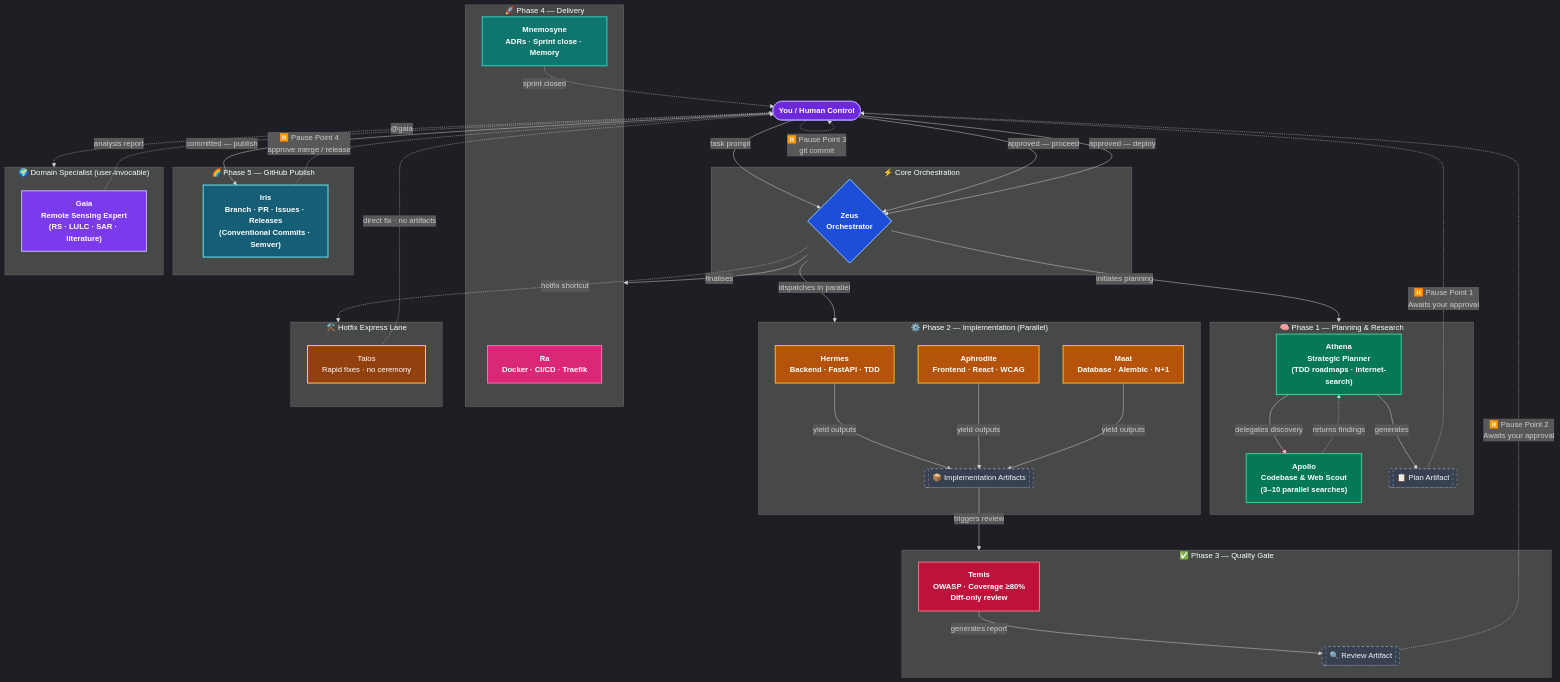
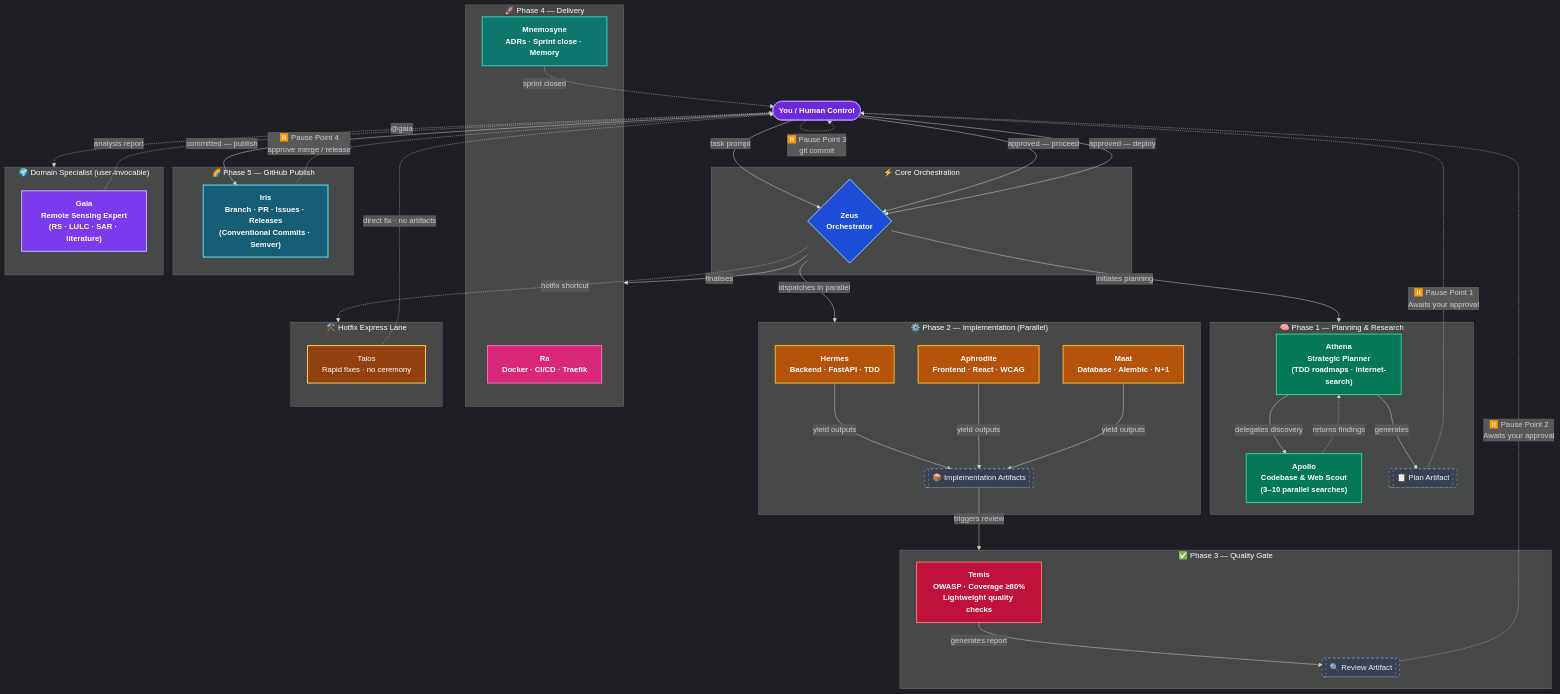
Before and after one commit to ils15/pantheon: the first of 2 diagrams in README.md, drawn with Mermaid. The commit also changed other lines of this file and 6 other files, not shown here.

Commit message:
feat: Enhance quality assurance with lightweight code checks and mandatory review process

```diff
--- a/README.md
+++ b/README.md
@@ -81,7 +81,7 @@
     end
 
     subgraph P3["✅ Phase 3 — Quality Gate"]
-        Temis["Temis<br/>OWASP · Coverage ≥80%<br/>Diff-only review"]:::qa
+        Temis["Temis<br/>OWASP · Coverage ≥80%<br/>Lightweight quality checks"]:::qa
         RevArt[["🔍 Review Artifact"]]:::artifact
         Temis -- "generates report" --> RevArt
     end
```
